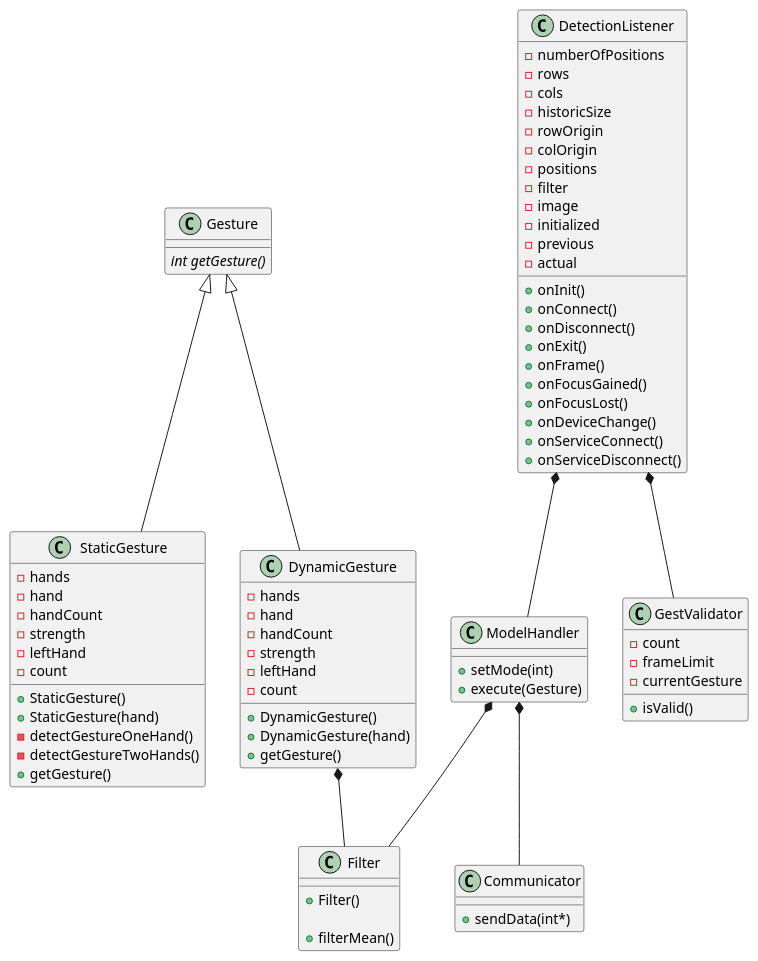
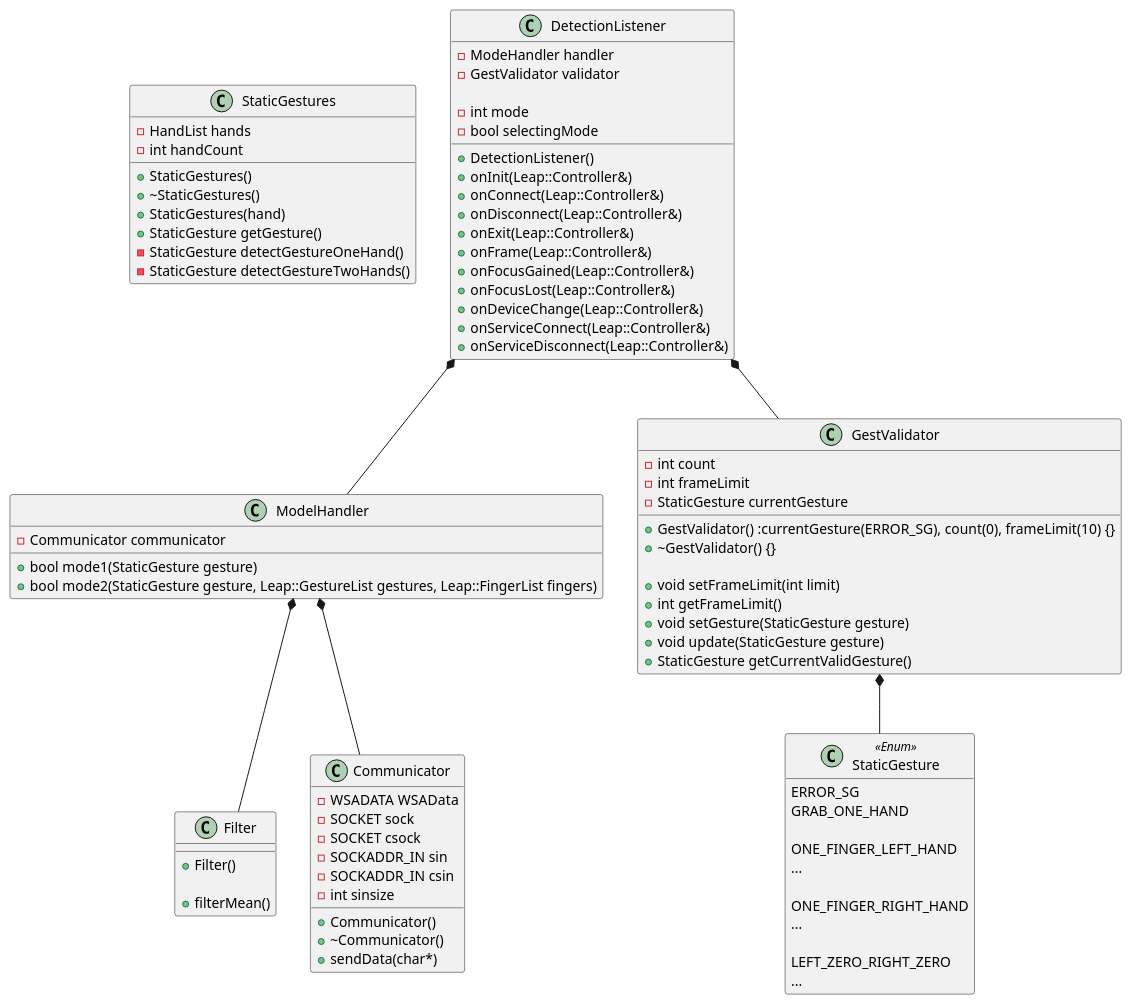
One commit to BenjaminDeguerre/GroupProjectLeap changed the diagram in uml/classDiagram.PlantUML. Above: the diagram before and after it, drawn with PlantUML. The commit also changed 2 other files, not shown here.

Commit message:
uml update

```diff
--- a/uml/classDiagram.PlantUML
+++ b/uml/classDiagram.PlantUML
@@ -1,91 +1,98 @@
 @startuml
 
-class Gesture {
-  {abstract} int getGesture()
+class StaticGestures {
+  +StaticGestures()
+  +~StaticGestures()
+  +StaticGestures(hand)
+  +StaticGesture getGesture()
+  -StaticGesture detectGestureOneHand()
+  -StaticGesture detectGestureTwoHands()
+
+
+  -HandList hands
+  -int handCount
 }
 
-class StaticGesture {
-  +StaticGesture()
-  +StaticGesture(hand)
-  -detectGestureOneHand()
-  -detectGestureTwoHands()
-  +getGesture()
+class StaticGesture <<Enum>> {
+  ERROR_SG
+  GRAB_ONE_HAND
 
-  -hands
-  -hand
-  -handCount
-  -strength
-  -leftHand
-  -count
-}
+  ONE_FINGER_LEFT_HAND
+  ...
 
-class DynamicGesture {
-  +DynamicGesture()
-  +DynamicGesture(hand)
-  +getGesture()
+  ONE_FINGER_RIGHT_HAND
+  ...
 
-  -hands
-  -hand
-  -handCount
-  -strength
-  -leftHand
-  -count
+  LEFT_ZERO_RIGHT_ZERO
+  ...
 }
 
 class Filter {
   +Filter()
 
   +filterMean()
 }
 
 class DetectionListener {
-  +onInit()
-  +onConnect()
-  +onDisconnect()
-  +onExit()
-	+onFrame()
-	+onFocusGained()
-	+onFocusLost()
-	+onDeviceChange()
-	+onServiceConnect()
-	+onServiceDisconnect()
+  +DetectionListener()
+  +onInit(Leap::Controller&)
+  +onConnect(Leap::Controller&)
+  +onDisconnect(Leap::Controller&)
+  +onExit(Leap::Controller&)
+	+onFrame(Leap::Controller&)
+	+onFocusGained(Leap::Controller&)
+	+onFocusLost(Leap::Controller&)
+	+onDeviceChange(Leap::Controller&)
+	+onServiceConnect(Leap::Controller&)
+	+onServiceDisconnect(Leap::Controller&)
 
-  -numberOfPositions
-  -rows
-  -cols
-  -historicSize
-  -rowOrigin
-  -colOrigin
-  -positions
-  -filter
-  -image
-  -initialized
-  -previous
-  -actual
+  -ModeHandler handler
+  -GestValidator validator
+
+  -int mode
+  -bool selectingMode
 }
 
 class ModelHandler {
-  +setMode(int)
-  +execute(Gesture)
+  +bool mode1(StaticGesture gesture)
+  +bool mode2(StaticGesture gesture, Leap::GestureList gestures, Leap::FingerList fingers)
+
+  -Communicator communicator
 }
 
 class Communicator {
-  +sendData(int*)
+  -WSADATA WSAData
+  -SOCKET sock
+  -SOCKET csock
+  -SOCKADDR_IN sin
+  -SOCKADDR_IN csin
+  -int sinsize
+
+  +Communicator()
+  +~Communicator()
+  +sendData(char*)
 }
 
 class GestValidator {
-  +isValid()
+  +GestValidator() :currentGesture(ERROR_SG), count(0), frameLimit(10) {}
+	+~GestValidator() {}
 
-  -count
-  -frameLimit
-  -currentGesture
+	+void setFrameLimit(int limit)
+	+int getFrameLimit()
+	+void setGesture(StaticGesture gesture)
+  +void update(StaticGesture gesture)
+  +StaticGesture getCurrentValidGesture()
+
+  -int count
+  -int frameLimit
+  -StaticGesture currentGesture
 }
 
-Gesture <|-- StaticGesture
-Gesture <|-- DynamicGesture
 ModelHandler *-- Communicator
 ModelHandler *-- Filter
 DetectionListener *-- ModelHandler
 DetectionListener *-- GestValidator
-DynamicGesture *-- Filter
+GestValidator *-- StaticGesture
+
+hide StaticGesture methods
 @enduml
```
